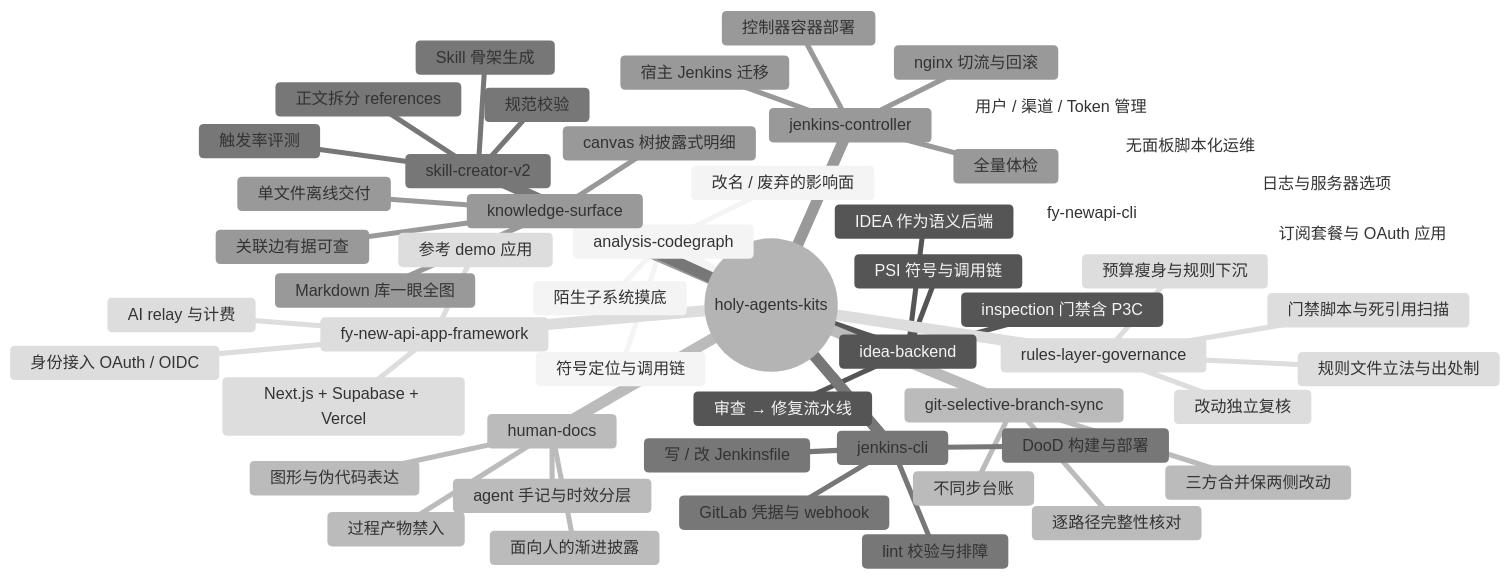
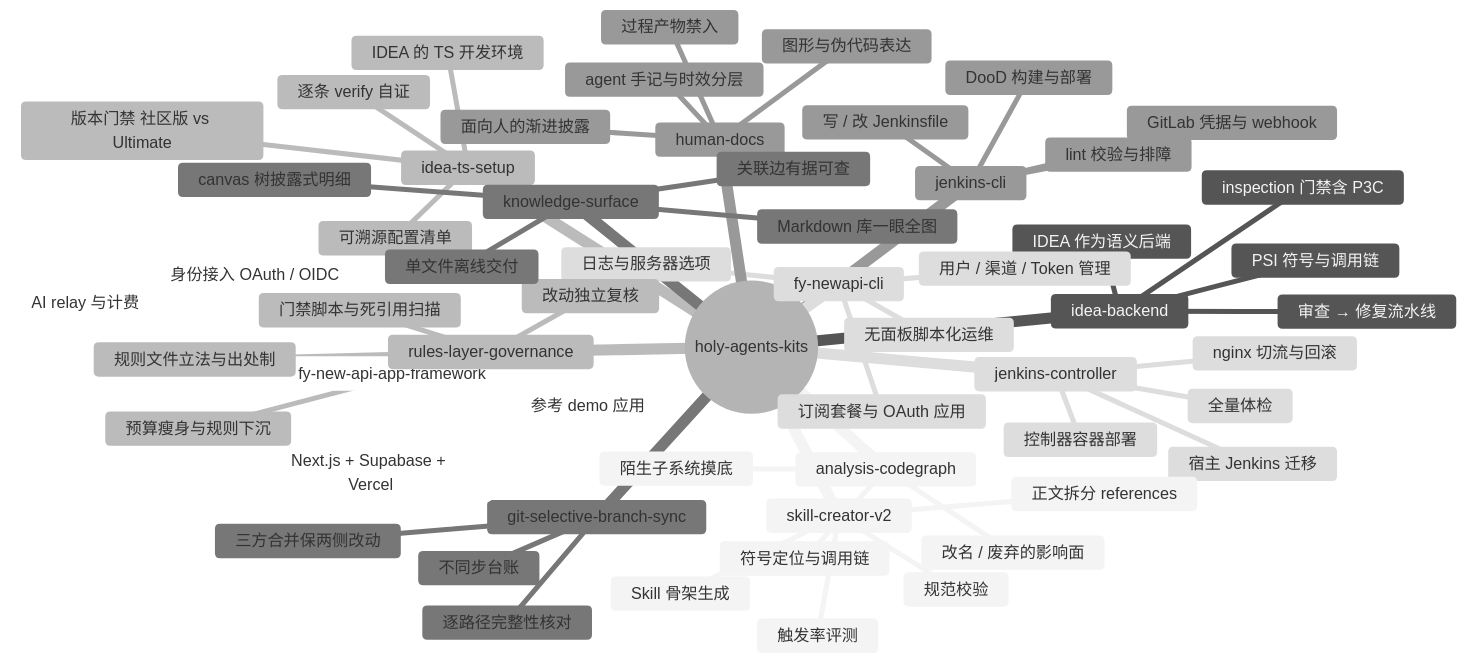
One commit to monsterbude123/holy-agents-kits changed the diagram in README.md. Above: the diagram before and after it, drawn with Mermaid (neutral theme). The commit also changed other lines of this file and 5 other files, not shown here.

````diff
--- a/README.md
+++ b/README.md
@@ -13,57 +13,62 @@
 ```mermaid
 mindmap
   root((holy-agents-kits))
     analysis-codegraph
       符号定位与调用链
       改名 / 废弃的影响面
       陌生子系统摸底
     idea-backend
       IDEA 作为语义后端
       PSI 符号与调用链
       inspection 门禁含 P3C
       审查 → 修复流水线
+    idea-ts-setup
+      IDEA 的 TS 开发环境
+      版本门禁 社区版 vs Ultimate
+      可溯源配置清单
+      逐条 verify 自证
     git-selective-branch-sync
       三方合并保两侧改动
       不同步台账
       逐路径完整性核对
     jenkins-cli
       写 / 改 Jenkinsfile
       DooD 构建与部署
       GitLab 凭据与 webhook
       lint 校验与排障
     jenkins-controller
       控制器容器部署
       宿主 Jenkins 迁移
       nginx 切流与回滚
       全量体检
     fy-new-api-app-framework
       身份接入 OAuth / OIDC
       AI relay 与计费
       Next.js + Supabase + Vercel
       参考 demo 应用
     fy-newapi-cli
       用户 / 渠道 / Token 管理
       日志与服务器选项
       订阅套餐与 OAuth 应用
       无面板脚本化运维
     rules-layer-governance
       规则文件立法与出处制
       预算瘦身与规则下沉
       门禁脚本与死引用扫描
       改动独立复核
     human-docs
       面向人的渐进披露
       图形与伪代码表达
       过程产物禁入
       agent 手记与时效分层
     knowledge-surface
       Markdown 库一眼全图
       canvas 树披露式明细
       关联边有据可查
       单文件离线交付
     skill-creator-v2
       Skill 骨架生成
       正文拆分 references
       规范校验
       触发率评测
 ```
````
